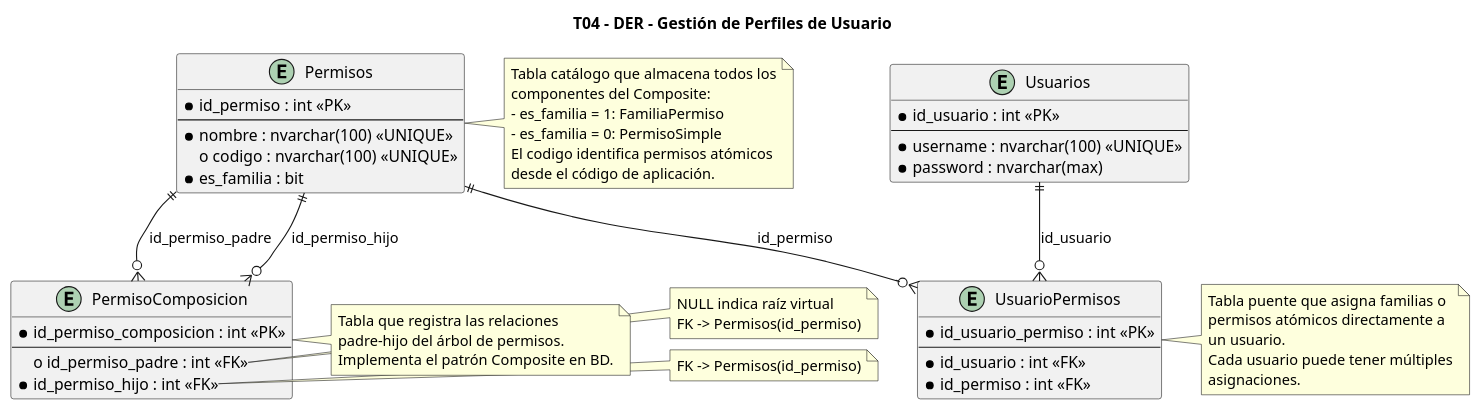
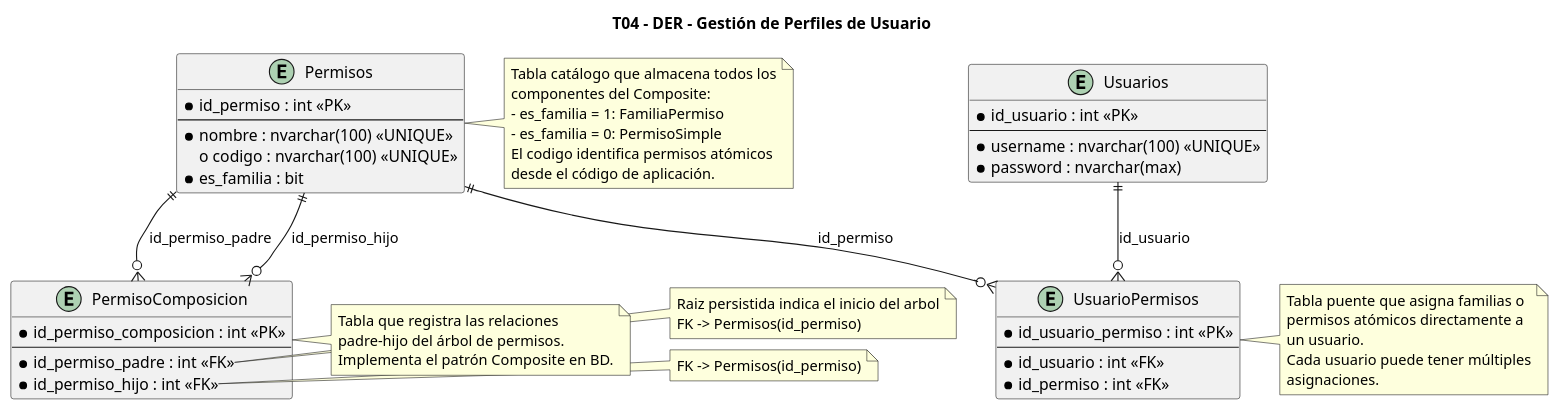
The diagram in docs/T04-GestionPerfiles/T04-DER.puml (alejoDiDiego/trabajo-diploma-servicio-tecnico), drawn with PlantUML before and after one commit. The commit also changed 8 other files, not shown here.

Commit message:
(fix): raiz virtual eliminada y nulls eliminados de permisos en db

```diff
--- a/docs/T04-GestionPerfiles/T04-DER.puml
+++ b/docs/T04-GestionPerfiles/T04-DER.puml
@@ -1,71 +1,71 @@
 @startuml
 title T04 - DER - Gestión de Perfiles de Usuario
 
 entity Permisos {
   * id_permiso : int <<PK>>
   --
   * nombre : nvarchar(100) <<UNIQUE>>
   o codigo : nvarchar(100) <<UNIQUE>>
   * es_familia : bit
 }
 
 entity PermisoComposicion {
   * id_permiso_composicion : int <<PK>>
   --
-  o id_permiso_padre : int <<FK>>
+  * id_permiso_padre : int <<FK>>
   * id_permiso_hijo : int <<FK>>
 }
 
 entity Usuarios {
   * id_usuario : int <<PK>>
   --
   * username : nvarchar(100) <<UNIQUE>>
   * password : nvarchar(max)
 }
 
 entity UsuarioPermisos {
   * id_usuario_permiso : int <<PK>>
   --
   * id_usuario : int <<FK>>
   * id_permiso : int <<FK>>
 }
 
 note right of PermisoComposicion::id_permiso_padre
-  NULL indica raíz virtual
+  Raiz persistida indica el inicio del arbol
   FK -> Permisos(id_permiso)
 end note
 
 note right of PermisoComposicion::id_permiso_hijo
   FK -> Permisos(id_permiso)
 end note
 
 Permisos ||--o{ PermisoComposicion : "id_permiso_padre"
 Permisos ||--o{ PermisoComposicion : "id_permiso_hijo"
 
 Usuarios ||--o{ UsuarioPermisos : "id_usuario"
 Permisos ||--o{ UsuarioPermisos : "id_permiso"
 
 note right of Permisos
   Tabla catálogo que almacena todos los
   componentes del Composite:
   - es_familia = 1: FamiliaPermiso
   - es_familia = 0: PermisoSimple
   El codigo identifica permisos atómicos
   desde el código de aplicación.
 end note
 
 note right of PermisoComposicion
   Tabla que registra las relaciones
   padre-hijo del árbol de permisos.
   Implementa el patrón Composite en BD.
 end note
 
 note right of UsuarioPermisos
   Tabla puente que asigna familias o
   permisos atómicos directamente a
   un usuario. 
   Cada usuario puede tener múltiples
   asignaciones.
 end note
 
 @enduml
```
